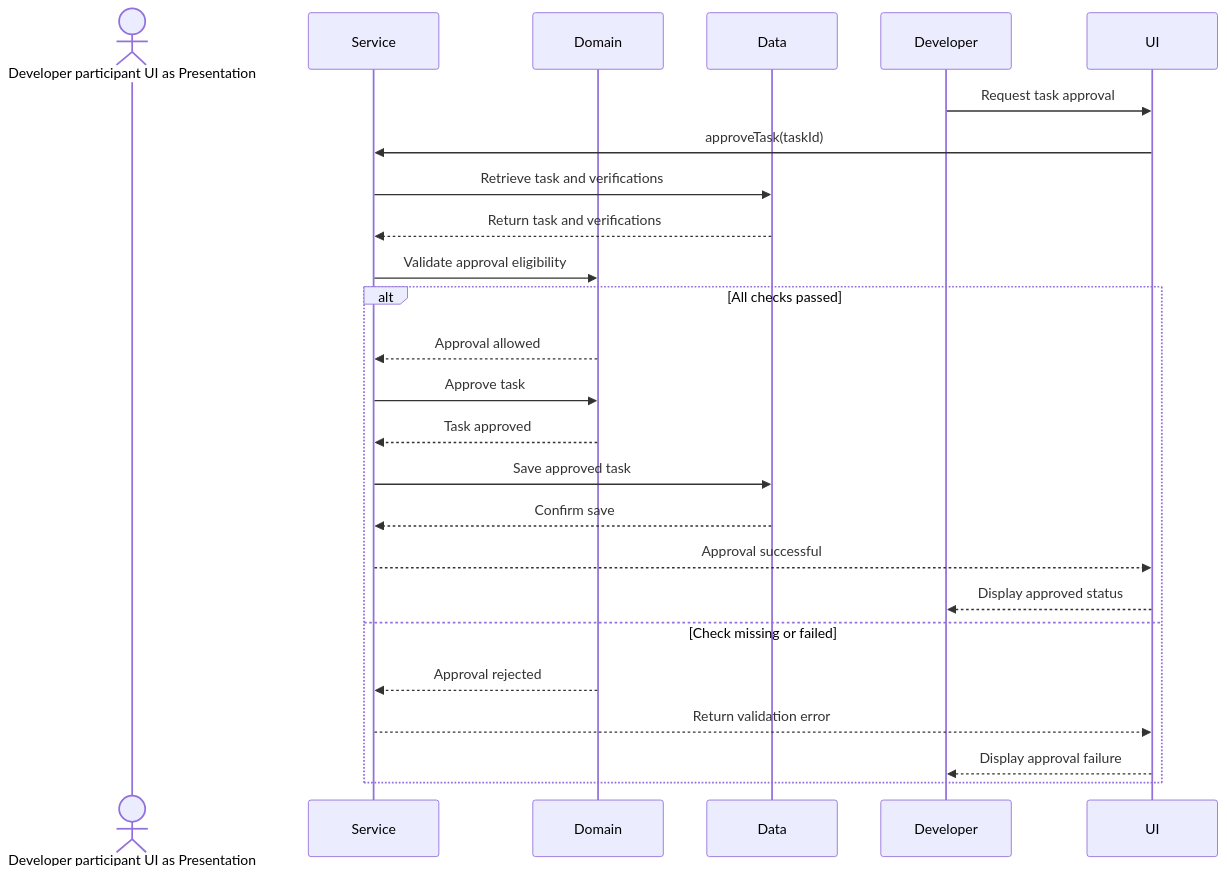
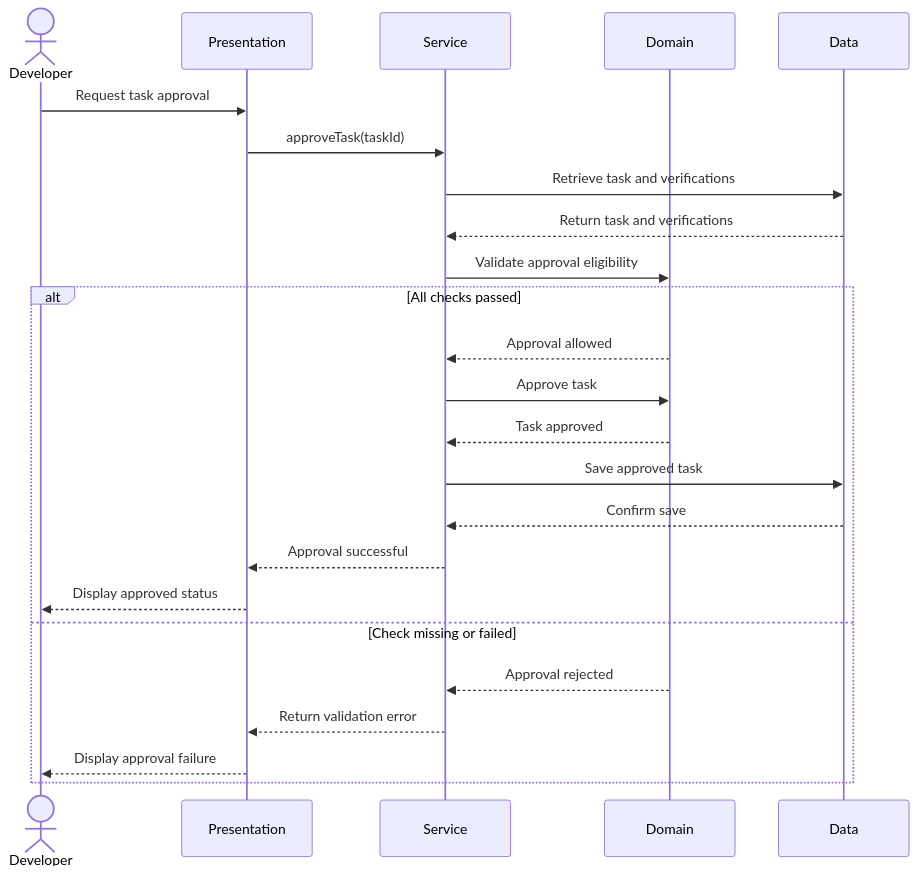
The fourth of 4 diagrams in README.md (ASantana0924/cen5064-project-santana), drawn with Mermaid before and after one commit. The commit also changed other lines of this file, not shown here.

First line of the commit message:
Fixed mermaid syntax issues

````diff
--- a/README.md
+++ b/README.md
@@ -131,28 +136,29 @@
 ```mermaid
 %% Sequence diagram: ONE core use case, end to end.
 sequenceDiagram
-    actor Developer participant UI as Presentation
+    actor Developer
+    participant UI as Presentation
     participant Service as Service
     participant Domain as Domain
     participant Data as Data
-    
+
     Developer->>UI: Request task approval
     UI->>Service: approveTask(taskId)
     Service->>Data: Retrieve task and verifications
     Data-->>Service: Return task and verifications
     Service->>Domain: Validate approval eligibility
-    
+
     alt All checks passed
         Domain-->>Service: Approval allowed
         Service->>Domain: Approve task
         Domain-->>Service: Task approved
         Service->>Data: Save approved task
         Data-->>Service: Confirm save
         Service-->>UI: Approval successful
         UI-->>Developer: Display approved status
     else Check missing or failed
         Domain-->>Service: Approval rejected
         Service-->>UI: Return validation error
         UI-->>Developer: Display approval failure
     end
 ```
````
